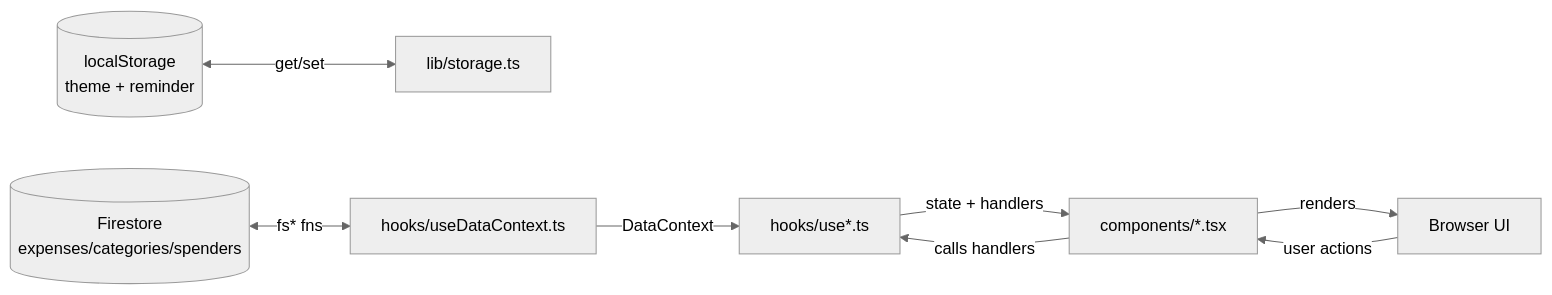
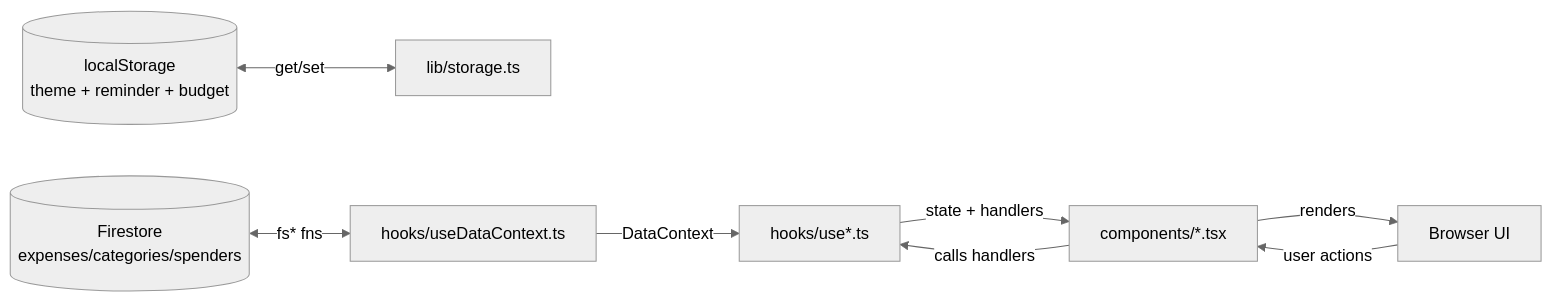
The second of 2 diagrams in docs/architecture.md (anandgupta193/expense-manager), drawn with Mermaid (neutral theme) before and after one commit. The commit also changed other lines of this file and 6 other files, not shown here.

````diff
--- a/docs/architecture.md
+++ b/docs/architecture.md
@@ -53,10 +53,10 @@
 ```mermaid
 flowchart LR
-    LS[(localStorage\ntheme + reminder)] <-->|get/set| ST["lib/storage.ts"]
+    LS[(localStorage\ntheme + reminder + budget)] <-->|get/set| ST["lib/storage.ts"]
     FS[(Firestore\nexpenses/categories/spenders)] <-->|fs* fns| DC["hooks/useDataContext.ts"]
     DC -->|DataContext| HK["hooks/use*.ts"]
     HK -->|state + handlers| CM["components/*.tsx"]
     CM -->|renders| UI[Browser UI]
     UI -->|user actions| CM
     CM -->|calls handlers| HK
 ```
````
